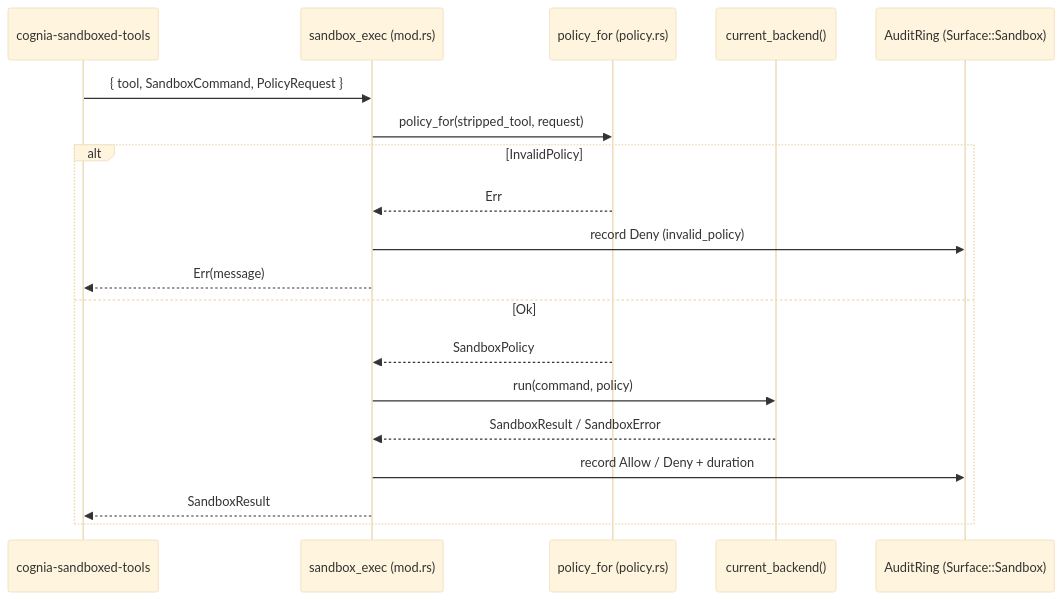
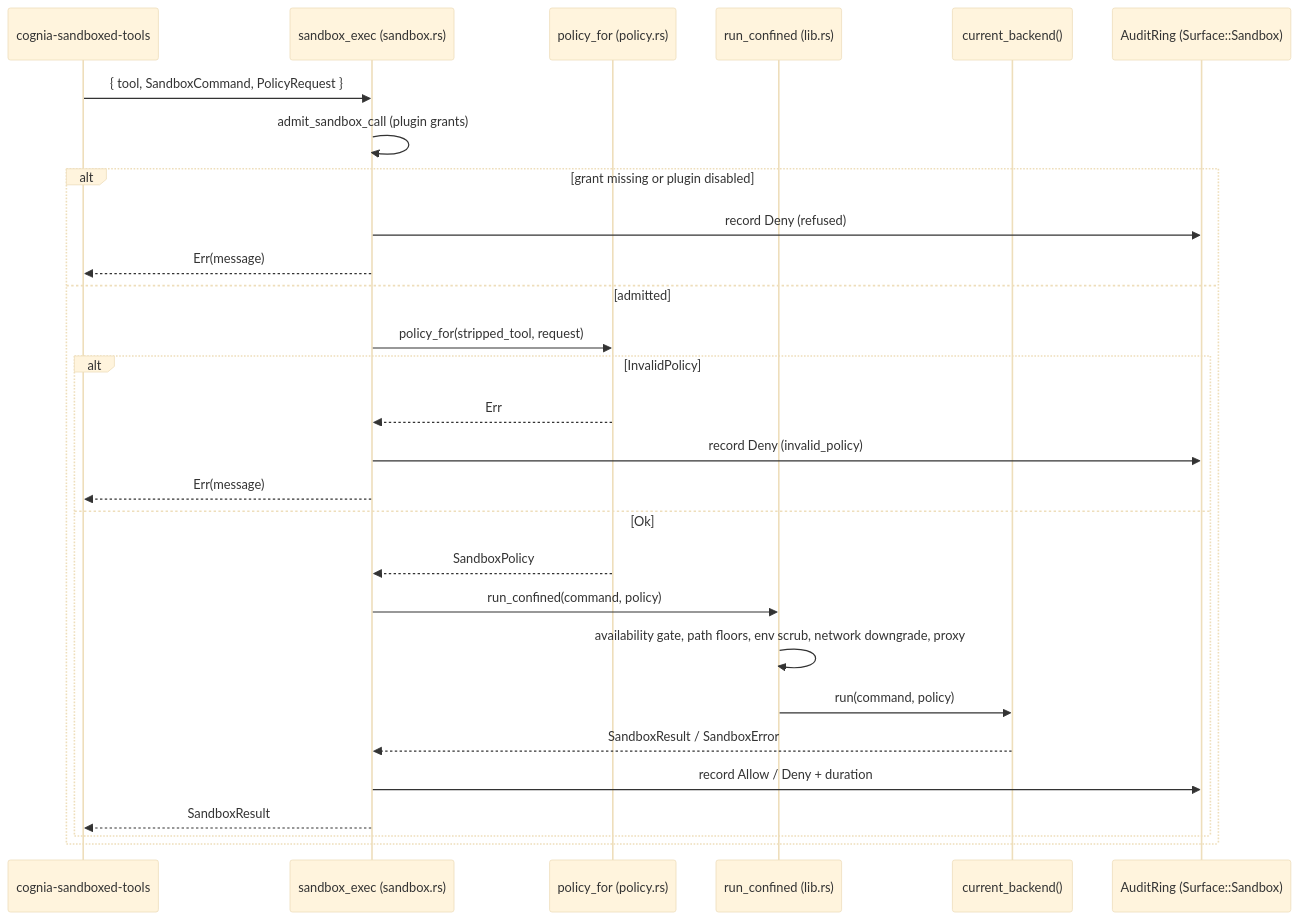
Before and after one commit to MaxQian888/cognia-next: the diagram in docs/content/docs/en/subsystems/sandbox/os-backends.mdx, drawn with Mermaid (base theme). The commit also changed other lines of this file and 8 other files, not shown here.

````diff
--- a/docs/content/docs/en/subsystems/sandbox/os-backends.mdx
+++ b/docs/content/docs/en/subsystems/sandbox/os-backends.mdx
@@ -121,22 +138,31 @@
 ```mermaid
 sequenceDiagram
   participant Plugin as cognia-sandboxed-tools
-  participant Cmd as sandbox_exec (mod.rs)
+  participant Cmd as sandbox_exec (sandbox.rs)
   participant Pol as policy_for (policy.rs)
+  participant Run as run_confined (lib.rs)
   participant Back as current_backend()
   participant Audit as AuditRing (Surface::Sandbox)
 
   Plugin->>Cmd: { tool, SandboxCommand, PolicyRequest }
-  Cmd->>Pol: policy_for(stripped_tool, request)
-  alt InvalidPolicy
-    Pol-->>Cmd: Err
-    Cmd->>Audit: record Deny (invalid_policy)
+  Cmd->>Cmd: admit_sandbox_call (plugin grants)
+  alt grant missing or plugin disabled
+    Cmd->>Audit: record Deny (refused)
     Cmd-->>Plugin: Err(message)
-  else Ok
-    Pol-->>Cmd: SandboxPolicy
-    Cmd->>Back: run(command, policy)
-    Back-->>Cmd: SandboxResult / SandboxError
-    Cmd->>Audit: record Allow / Deny + duration
-    Cmd-->>Plugin: SandboxResult
+  else admitted
+    Cmd->>Pol: policy_for(stripped_tool, request)
+    alt InvalidPolicy
+      Pol-->>Cmd: Err
+      Cmd->>Audit: record Deny (invalid_policy)
+      Cmd-->>Plugin: Err(message)
+    else Ok
+      Pol-->>Cmd: SandboxPolicy
+      Cmd->>Run: run_confined(command, policy)
+      Run->>Run: availability gate, path floors, env scrub, network downgrade, proxy
+      Run->>Back: run(command, policy)
+      Back-->>Cmd: SandboxResult / SandboxError
+      Cmd->>Audit: record Allow / Deny + duration
+      Cmd-->>Plugin: SandboxResult
+    end
   end
 ```
````
